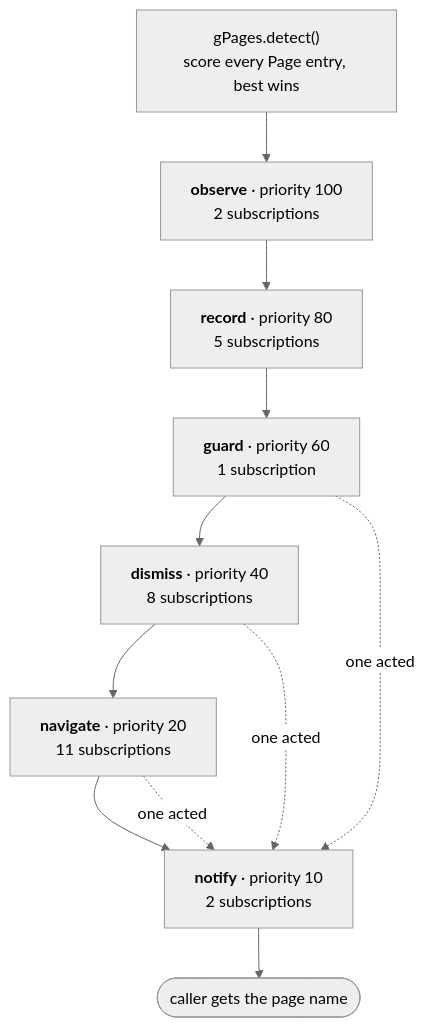
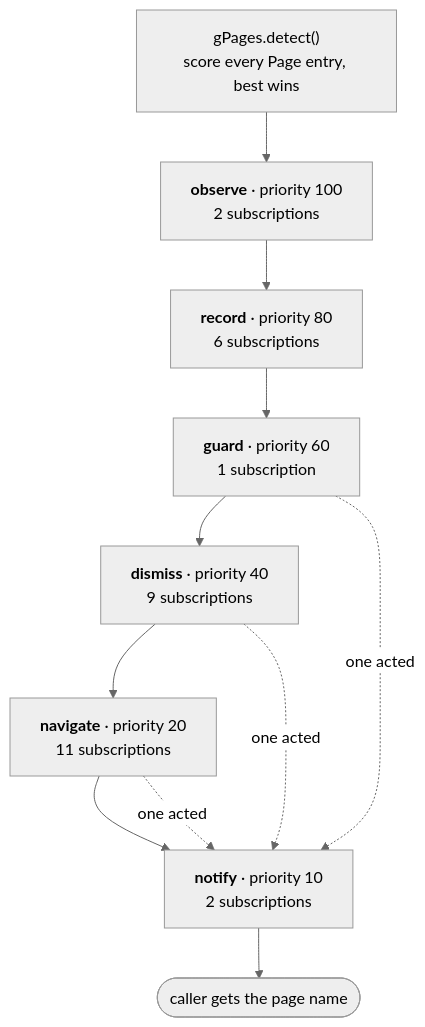
Before and after one commit to thireven/game-automation-scripts: the first of 3 diagrams in app.gap.Tsum/PAGE_DISPATCH.md, drawn with Mermaid (neutral theme). The commit also changed other lines of this file and 9 other files, not shown here.

````diff
--- a/app.gap.Tsum/PAGE_DISPATCH.md
+++ b/app.gap.Tsum/PAGE_DISPATCH.md
@@ -24,21 +24,21 @@
 ```mermaid
 flowchart TD
   detect["gPages.detect()<br/>score every Page entry, best wins"]
   c0["<b>observe</b> &middot; priority 100<br/>2 subscriptions"]
-  c1["<b>record</b> &middot; priority 80<br/>5 subscriptions"]
+  c1["<b>record</b> &middot; priority 80<br/>6 subscriptions"]
   c2["<b>guard</b> &middot; priority 60<br/>1 subscription"]
-  c3["<b>dismiss</b> &middot; priority 40<br/>8 subscriptions"]
+  c3["<b>dismiss</b> &middot; priority 40<br/>9 subscriptions"]
   c4["<b>navigate</b> &middot; priority 20<br/>11 subscriptions"]
   c5["<b>notify</b> &middot; priority 10<br/>2 subscriptions"]
   done(["caller gets the page name"])
   detect --> c0
   c0 --> c1
   c1 --> c2
   c2 --> c3
   c3 --> c4
   c4 --> c5
   c5 --> done
   c2 -. "one acted" .-> c5
   c3 -. "one acted" .-> c5
   c4 -. "one acted" .-> c5
 ```
````
